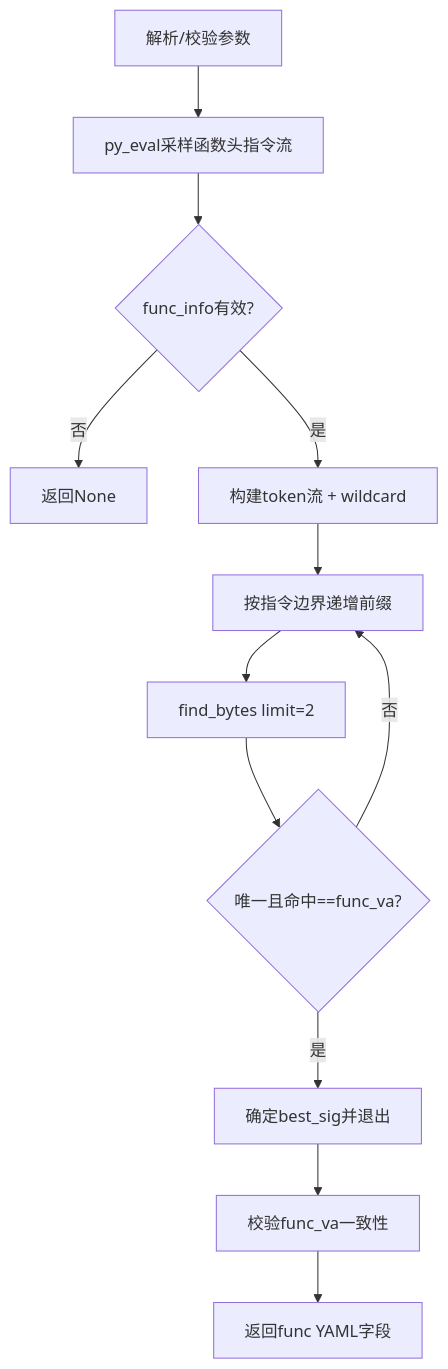
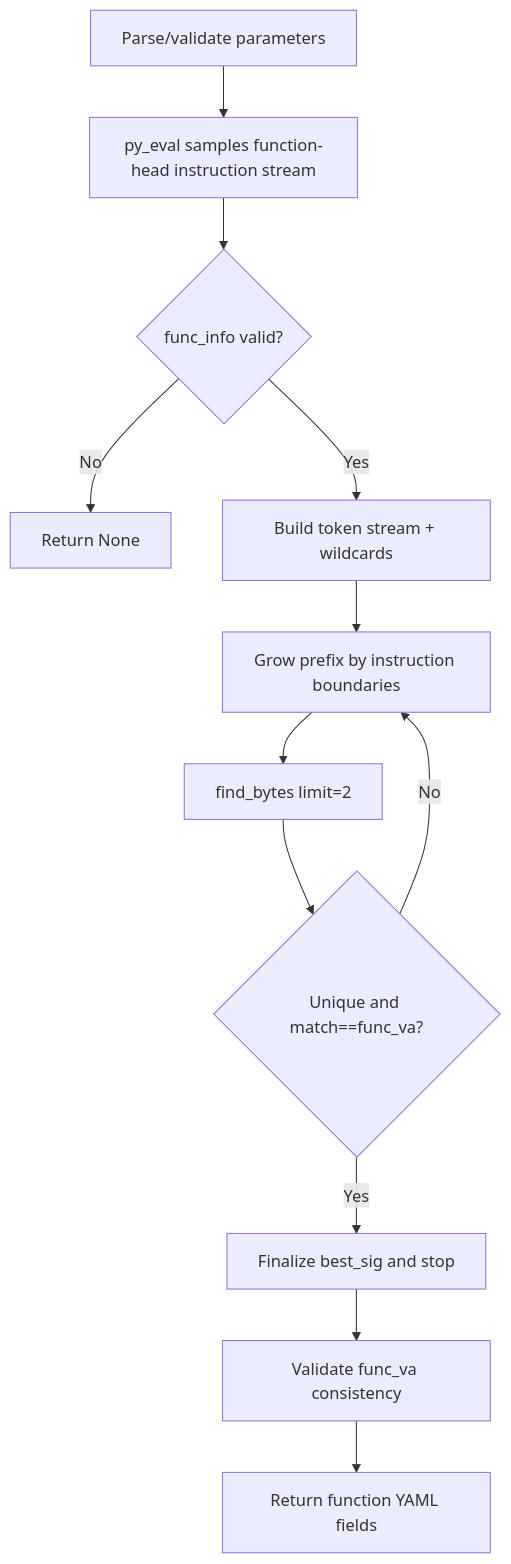
One commit to hzqst/CS2_VibeSignatures changed the diagram in .serena/memories/preprocess_gen_func_sig_via_mcp.md. Above: the diagram before and after it, drawn with Mermaid. The commit also changed other lines of this file and 9 other files, not shown here.

````diff
--- a/.serena/memories/preprocess_gen_func_sig_via_mcp.md
+++ b/.serena/memories/preprocess_gen_func_sig_via_mcp.md
@@ -45,14 +45,14 @@
 ```mermaid
 flowchart TD
-    A[解析/校验参数] --> B[py_eval采样函数头指令流]
-    B --> C{func_info有效?}
-    C -- 否 --> Z[返回None]
-    C -- 是 --> D[构建token流 + wildcard]
-    D --> E[按指令边界递增前缀]
+    A[Parse/validate parameters] --> B[py_eval samples function-head instruction stream]
+    B --> C{func_info valid?}
+    C -- No --> Z[Return None]
+    C -- Yes --> D[Build token stream + wildcards]
+    D --> E[Grow prefix by instruction boundaries]
     E --> F[find_bytes limit=2]
-    F --> G{唯一且命中==func_va?}
-    G -- 否 --> E
-    G -- 是 --> H[确定best_sig并退出]
-    H --> I[校验func_va一致性]
-    I --> J[返回func YAML字段]
+    F --> G{Unique and match==func_va?}
+    G -- No --> E
+    G -- Yes --> H[Finalize best_sig and stop]
+    H --> I[Validate func_va consistency]
+    I --> J[Return function YAML fields]
 ```
````
